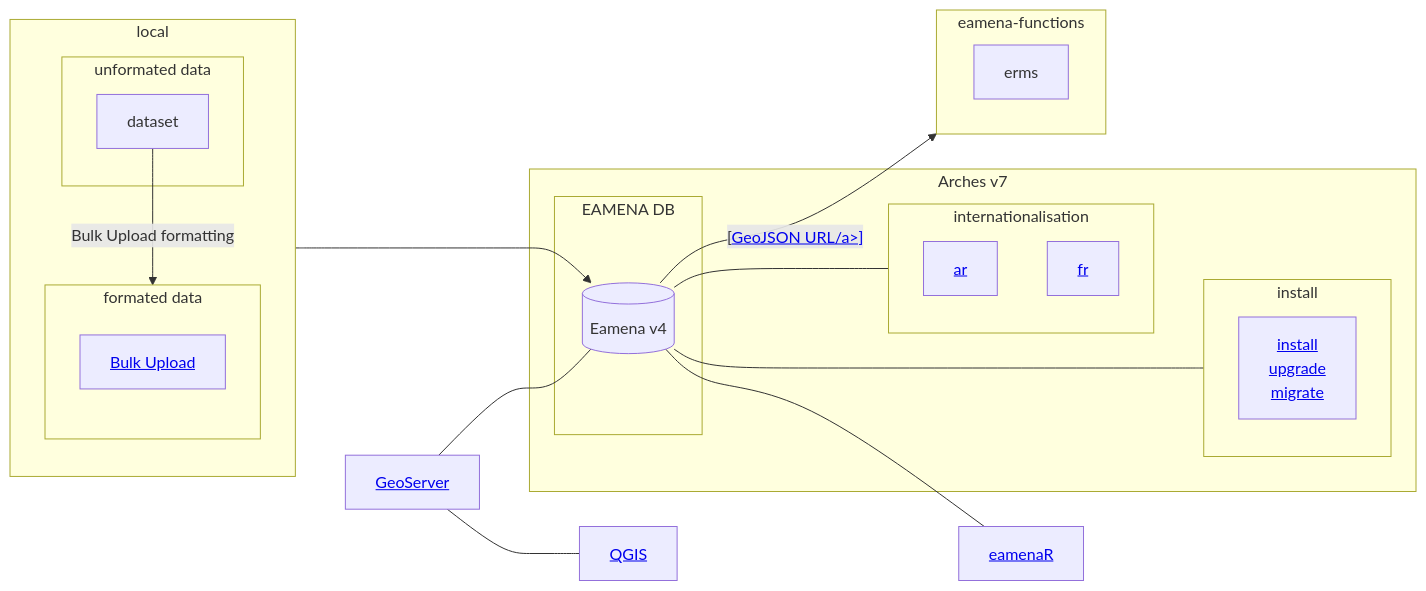
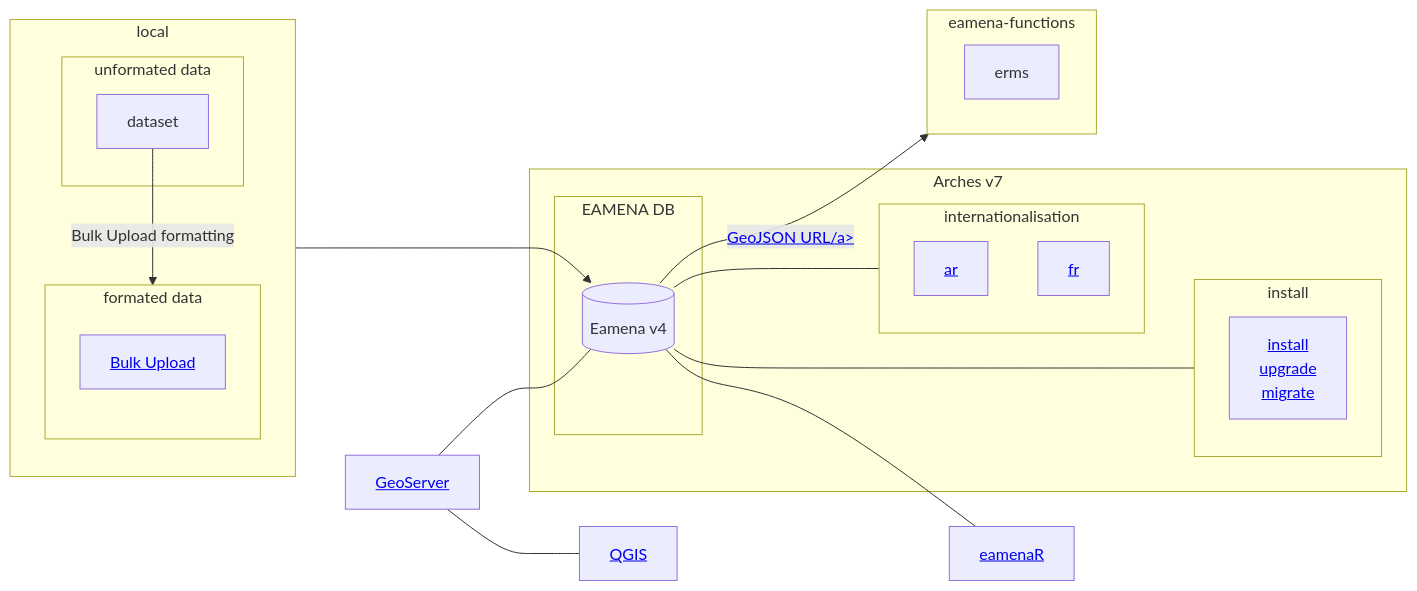
One commit to eamena-project/eamena-arches-dev changed the diagram in dbs/database.eamena/README.md. Above: the diagram before and after it, drawn with Mermaid.

Commit message:
workflow db

````diff
--- a/dbs/database.eamena/README.md
+++ b/dbs/database.eamena/README.md
@@ -5,36 +5,36 @@
 ```mermaid
 flowchart LR
   subgraph Arches v7
     subgraph EAMENA DB
     ea[(Eamena v4)]
     end
     subgraph internationalisation
       id6[<a href='https://github.com/eamena-project/eamena-arches-dev/tree/main/dbs/database.eamena/internationalisation'>ar</a>];
       id7[<a href='https://github.com/eamena-project/eamena-arches-dev/tree/main/dbs/database.eamena/internationalisation'>fr</a>];
     end 
     subgraph install
       id8[<a href='https://github.com/eamena-project/eamena-arches-dev/tree/main/dbs/database.eamena/install'>install<br>upgrade<br>migrate</a>];
     end 
   end
   id3[<a href='https://github.com/eamena-project/eamena-arches-dev/tree/main/geoserver'>GeoServer</a>] --- ea;
   id3 --- id4[<a href='https://github.com/eamena-project/eamena-arches-dev/tree/main/gis/qgis'>QGIS</a>];
   subgraph local
     direction TB
     subgraph unformated data
       id9A[dataset]
     end
     subgraph formated data
       direction TB
       id9A -- Bulk Upload formatting --> id9B[<a href='https://github.com/eamena-project/eamena-arches-dev/tree/main/data/bulk#readme'>Bulk Upload</a>]
       id9B ---> ea;
     end
   end
   subgraph eamena-functions
     direction LR
     idf1[erms]
   end
-  ea -- [<a href='query#url'>GeoJSON URL/a>] --> idf1
+  ea -- <a href='query#url'>GeoJSON URL/a> --> idf1
   ea --- id5[<a href='https://github.com/eamena-project/eamenaR'>eamenaR</a>];
   ea --- internationalisation
   ea <--- install
 ```
````
